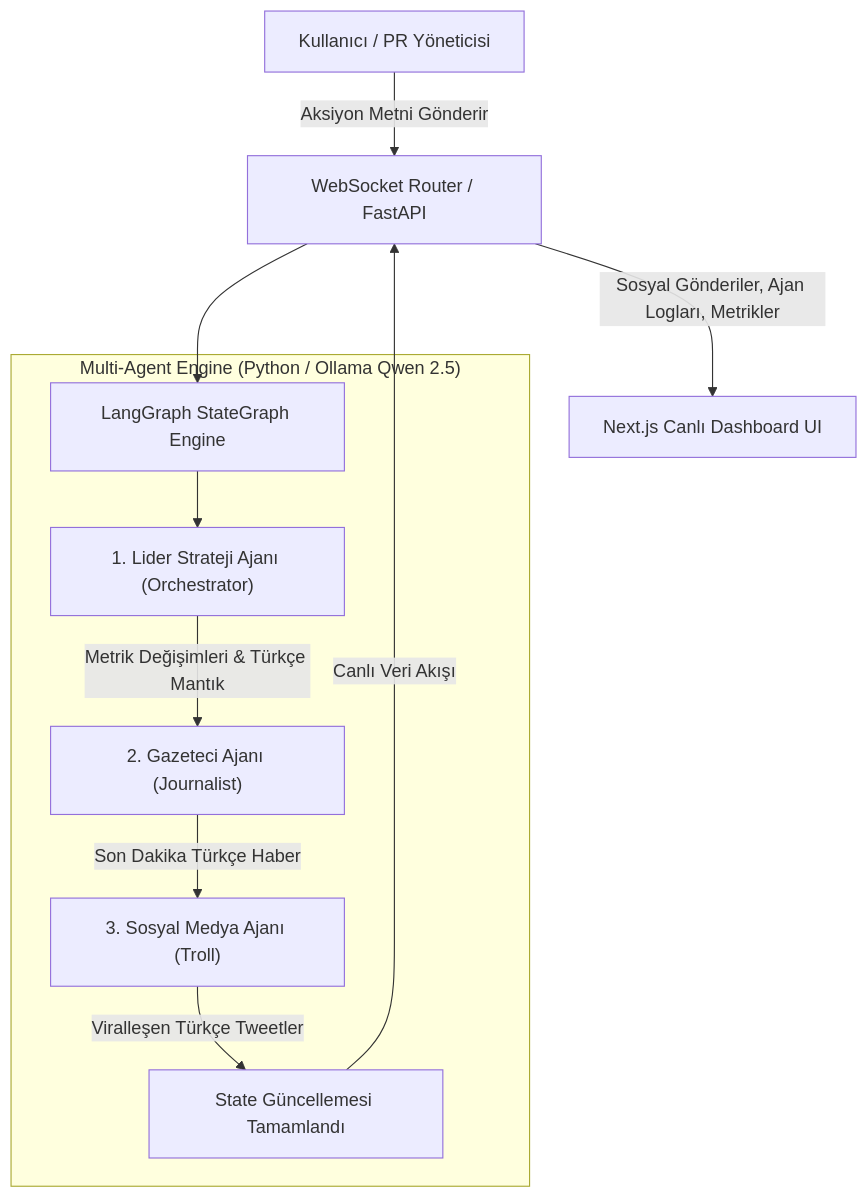
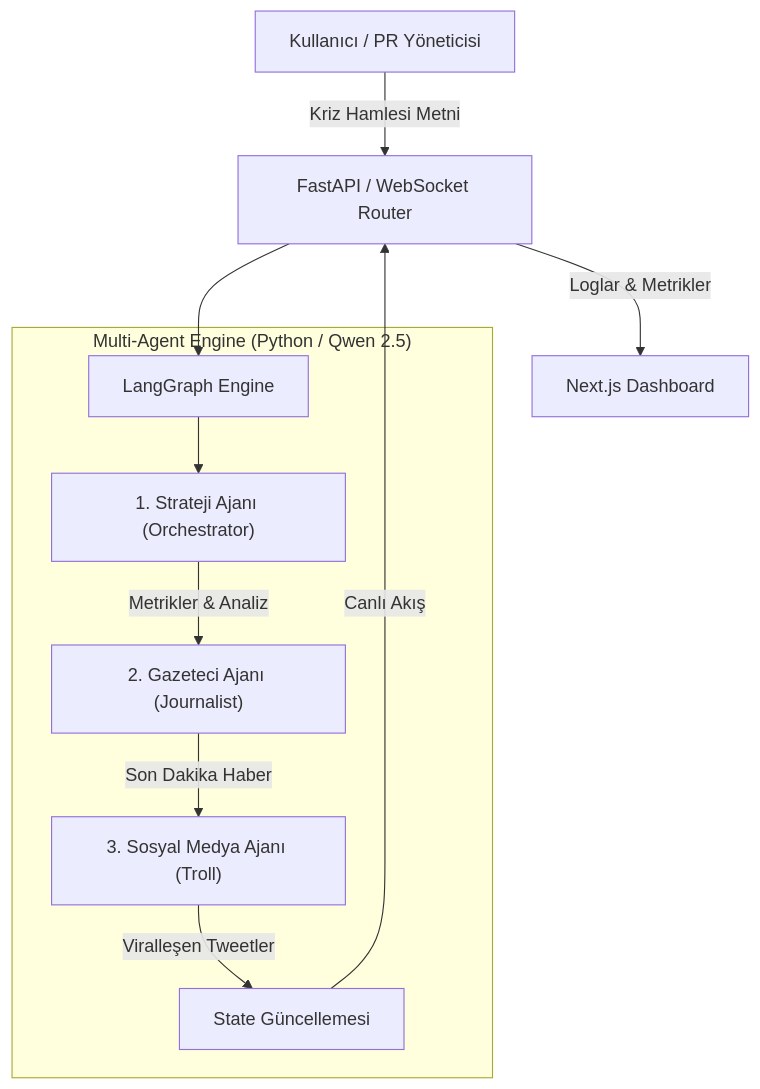
One commit to zynpirmadgzl/dont-panic-simulator changed the diagram in README.md. Above: the diagram before and after it, drawn with Mermaid. The commit also changed other lines of this file and 1 other file, not shown here.

````diff
--- a/README.md
+++ b/README.md
@@ -39,15 +38,15 @@
 ```mermaid
 graph TD
-    A["Kullanıcı / PR Yöneticisi"] -->|Aksiyon Metni Gönderir| B["WebSocket Router / FastAPI"]
-    B --> C["LangGraph StateGraph Engine"]
+    A["Kullanıcı / PR Yöneticisi"] -->|Kriz Hamlesi Metni| B["FastAPI / WebSocket Router"]
+    B --> C["LangGraph Engine"]
     
-    subgraph MultiAgentEngine["Multi-Agent Engine (Python / Ollama Qwen 2.5)"]
-        C --> D["1. Lider Strateji Ajanı (Orchestrator)"]
-        D -->|Metrik Değişimleri & Türkçe Mantık| E["2. Gazeteci Ajanı (Journalist)"]
-        E -->|Son Dakika Türkçe Haber| F["3. Sosyal Medya Ajanı (Troll)"]
-        F -->|Viralleşen Türkçe Tweetler| G["State Güncellemesi Tamamlandı"]
+    subgraph MultiAgentEngine["Multi-Agent Engine (Python / Qwen 2.5)"]
+        C --> D["1. Strateji Ajanı (Orchestrator)"]
+        D -->|Metrikler & Analiz| E["2. Gazeteci Ajanı (Journalist)"]
+        E -->|Son Dakika Haber| F["3. Sosyal Medya Ajanı (Troll)"]
+        F -->|Viralleşen Tweetler| G["State Güncellemesi"]
     end
     
-    G -->|Canlı Veri Akışı| B
-    B -->|Sosyal Gönderiler, Ajan Logları, Metrikler| H["Next.js Canlı Dashboard UI"]
+    G -->|Canlı Akış| B
+    B -->|Loglar & Metrikler| H["Next.js Dashboard"]
 ```
````
